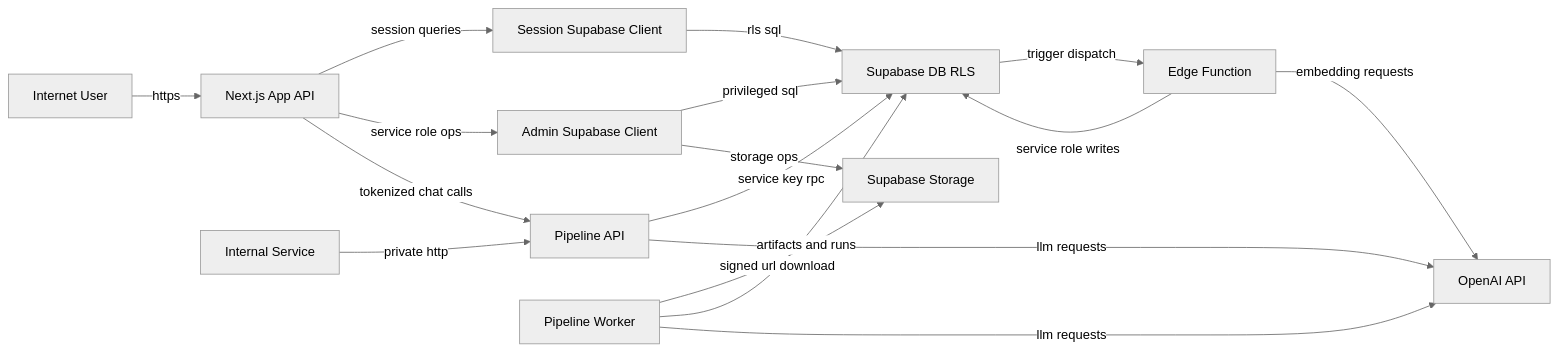
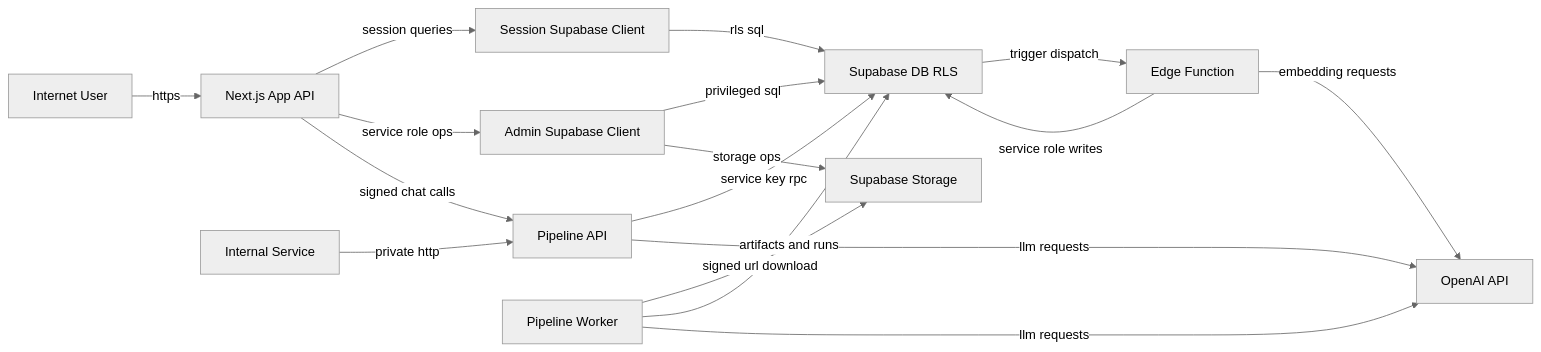
One commit to Open-AIP/OpenAIP changed the diagram in open-aip-threat-model.md. Above: the diagram before and after it, drawn with Mermaid (neutral theme). The commit also changed other lines of this file and 102 other files, not shown here.

````diff
--- a/open-aip-threat-model.md
+++ b/open-aip-threat-model.md
@@ -76,31 +76,31 @@
 ```mermaid
 flowchart LR
 U["Internet User"]
 NX["Next.js App API"]
 SC["Session Supabase Client"]
 AC["Admin Supabase Client"]
 PA["Pipeline API"]
 PW["Pipeline Worker"]
 DB["Supabase DB RLS"]
 ST["Supabase Storage"]
 EF["Edge Function"]
 OA["OpenAI API"]
 OPS["Internal Service"]
 
 U -->|https| NX
 NX -->|session queries| SC
 SC -->|rls sql| DB
 NX -->|service role ops| AC
 AC -->|privileged sql| DB
 AC -->|storage ops| ST
-NX -->|tokenized chat calls| PA
+NX -->|signed chat calls| PA
 OPS -->|private http| PA
 PA -->|service key rpc| DB
 PW -->|signed url download| ST
 PW -->|artifacts and runs| DB
 PA -->|llm requests| OA
 PW -->|llm requests| OA
 DB -->|trigger dispatch| EF
 EF -->|service role writes| DB
 EF -->|embedding requests| OA
 ```
````
